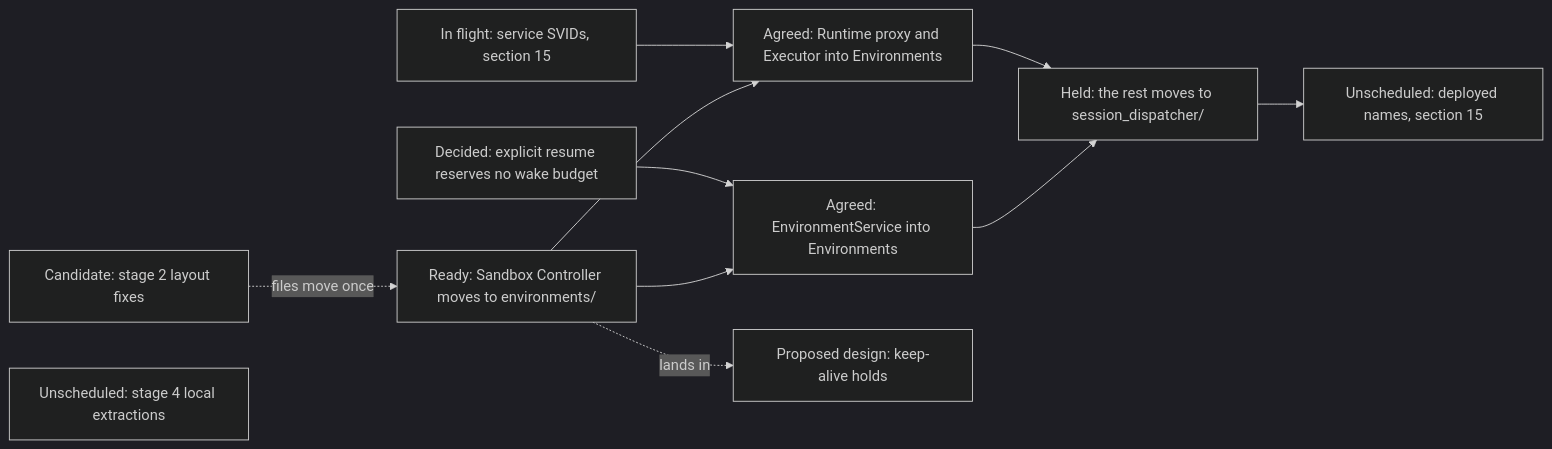
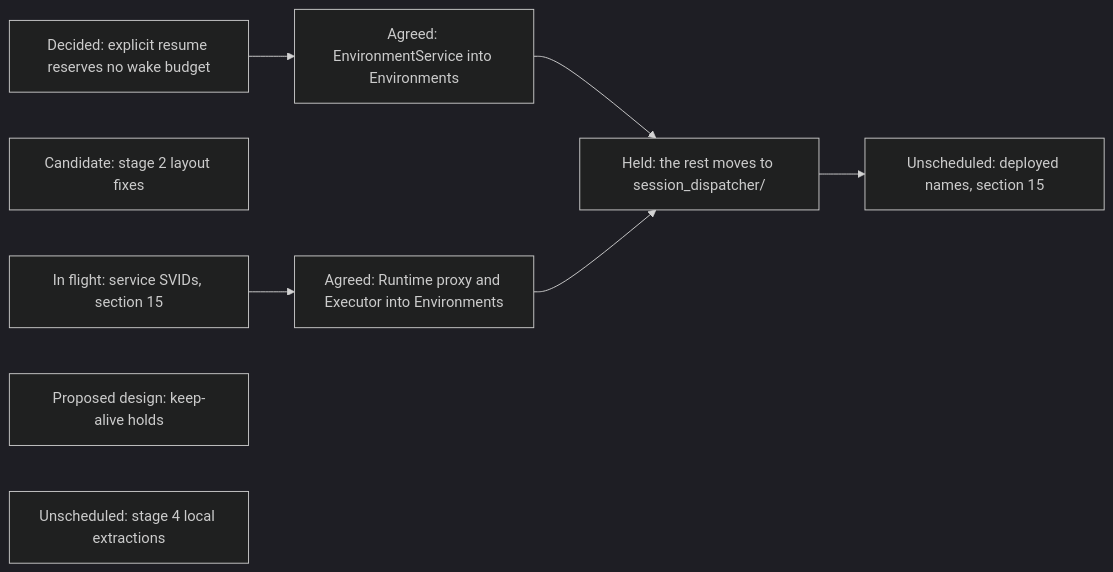
Before and after one commit to agentydragon/ducktape: diagram 21 of 21 in agentplane/plans/task_dag.md, drawn with Mermaid (dark theme). The commit also changed other lines of this file and 69 other files, not shown here.

Commit message:
Move Sandbox Controller source into environments

````diff
--- a/agentplane/plans/task_dag.md
+++ b/agentplane/plans/task_dag.md
@@ -3920,22 +3920,17 @@
 ```mermaid
 flowchart LR
     PRIVILEGED_BACKEND_AUTH_DESIGN[In flight: service SVIDs, section 15]
     GO_LAYOUT_FIXES[Candidate: stage 2 layout fixes]
-    ENVIRONMENTS_DIRECTORY[Ready: Sandbox Controller moves to environments/]
     EXPLICIT_RESUME_BUDGET_REMOVAL[Decided: explicit resume reserves no wake budget]
     ENVIRONMENT_SERVICE_TO_ENVIRONMENTS[Agreed: EnvironmentService into Environments]
     RUNTIME_PROXY_TO_ENVIRONMENTS[Agreed: Runtime proxy and Executor into Environments]
     SESSIONS_BINARY_DIRECTORY[Held: the rest moves to session_dispatcher/]
     ENVIRONMENT_KEEP_ALIVE_HOLDS[Proposed design: keep-alive holds]
     GO_LOCAL_EXTRACTIONS[Unscheduled: stage 4 local extractions]
     RUNNER_GATEWAY_RENAME[Unscheduled: deployed names, section 15]
-    ENVIRONMENTS_DIRECTORY --> ENVIRONMENT_SERVICE_TO_ENVIRONMENTS
     EXPLICIT_RESUME_BUDGET_REMOVAL --> ENVIRONMENT_SERVICE_TO_ENVIRONMENTS
-    ENVIRONMENTS_DIRECTORY --> RUNTIME_PROXY_TO_ENVIRONMENTS
     PRIVILEGED_BACKEND_AUTH_DESIGN --> RUNTIME_PROXY_TO_ENVIRONMENTS
     ENVIRONMENT_SERVICE_TO_ENVIRONMENTS --> SESSIONS_BINARY_DIRECTORY
     RUNTIME_PROXY_TO_ENVIRONMENTS --> SESSIONS_BINARY_DIRECTORY
     SESSIONS_BINARY_DIRECTORY --> RUNNER_GATEWAY_RENAME
-    ENVIRONMENTS_DIRECTORY -. lands in .-> ENVIRONMENT_KEEP_ALIVE_HOLDS
-    GO_LAYOUT_FIXES -. files move once .-> ENVIRONMENTS_DIRECTORY
 ```
````
